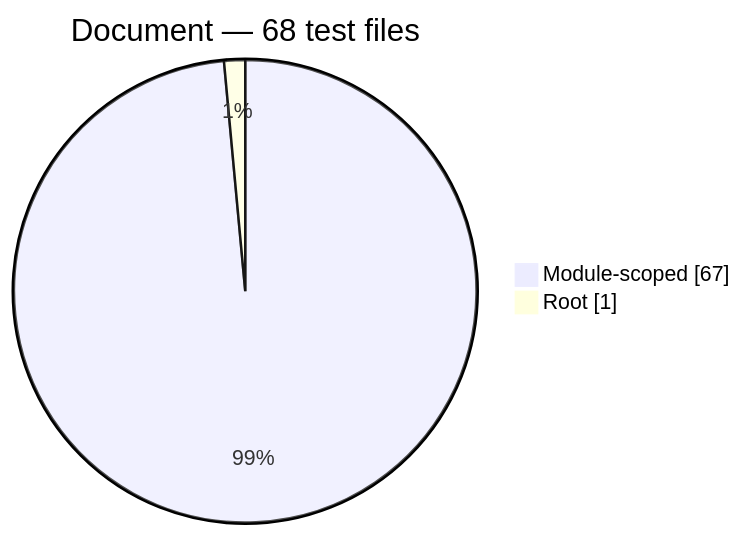
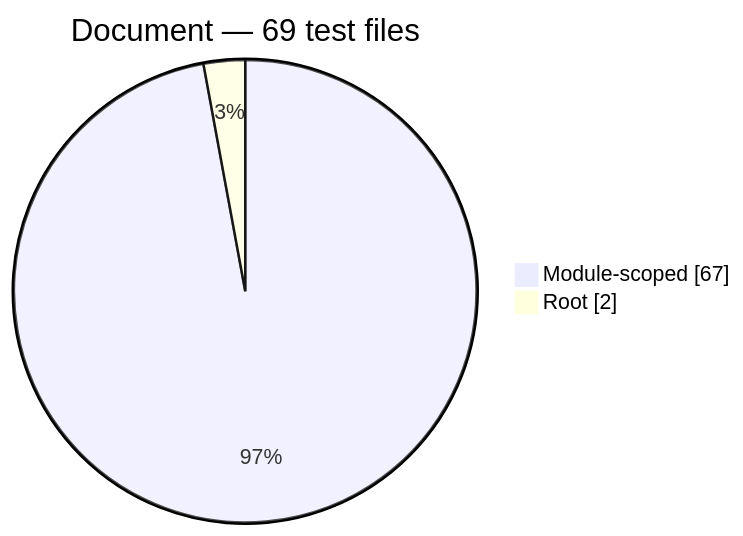
One commit to Mohammed-Alama/php-arazzo changed the fourth of 8 diagrams in docs/generated/test-composition.md. Above: the diagram before and after it, drawn with Mermaid. The commit also changed other lines of this file and 67 other files, not shown here.

````diff
--- a/docs/generated/test-composition.md
+++ b/docs/generated/test-composition.md
@@ -54,6 +54,6 @@
 ```mermaid
 pie showData
-    title Document — 68 test files
+    title Document — 69 test files
     "Module-scoped": 67
-    "Root": 1
+    "Root": 2
 ```
````
